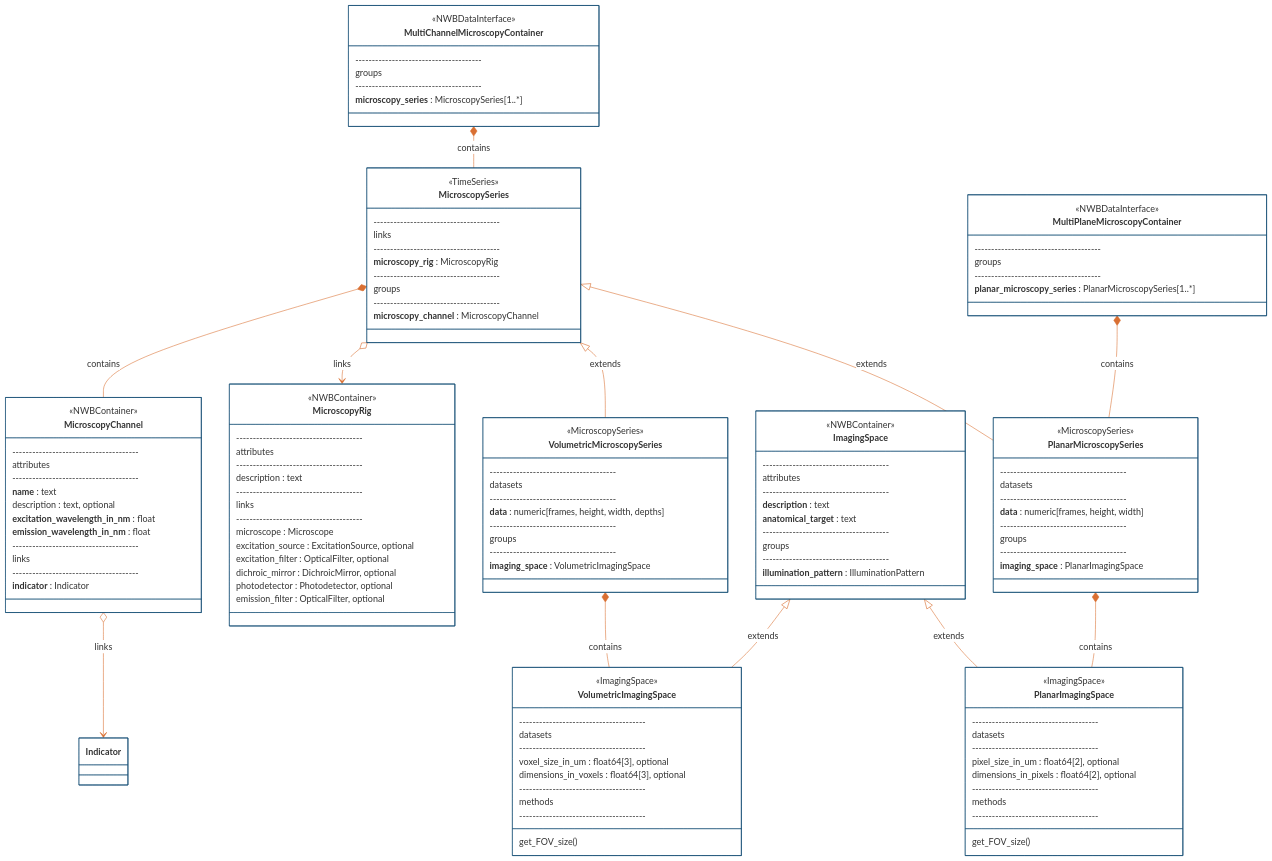
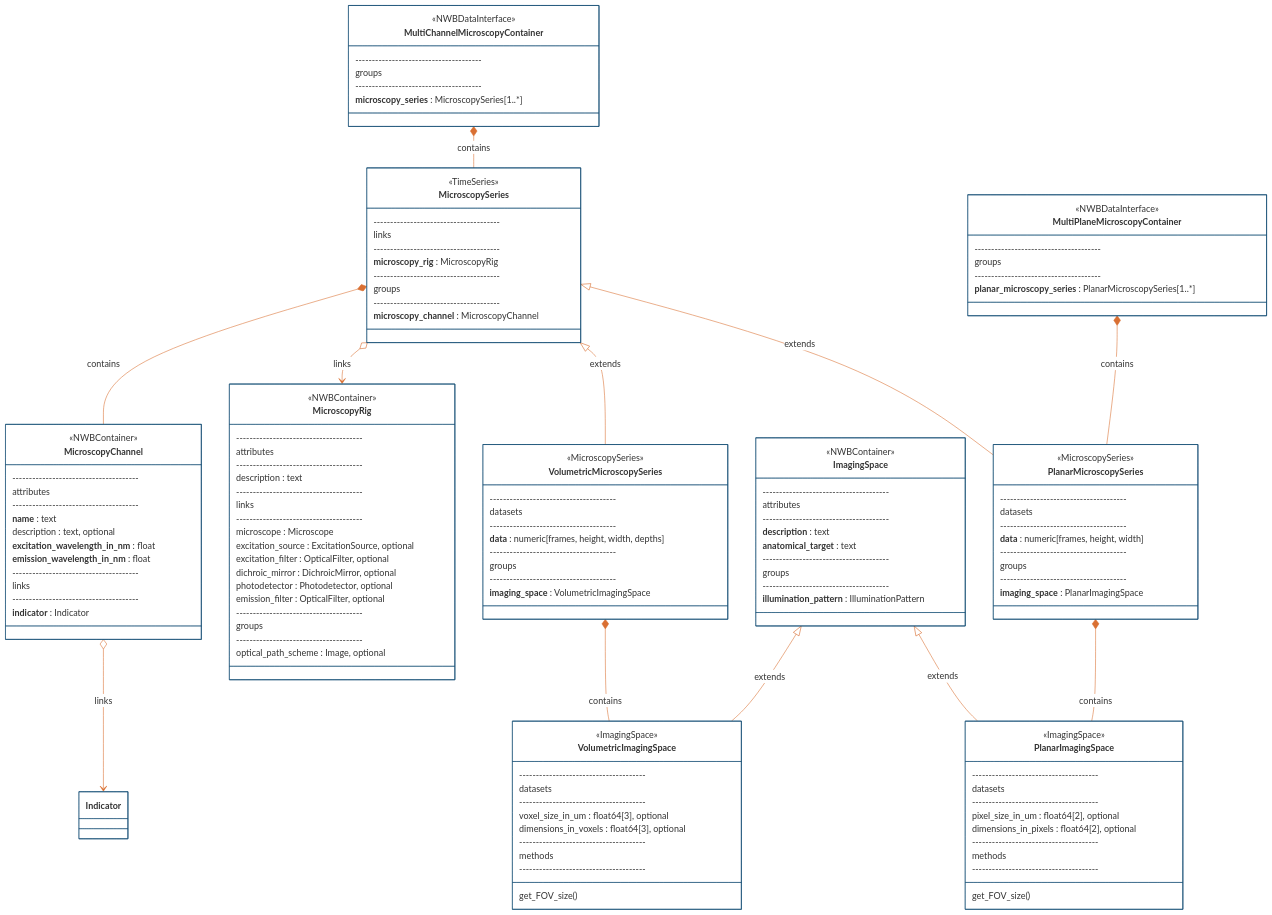
Before and after one commit to catalystneuro/ndx-microscopy: the fourth of 5 diagrams in README.md, drawn with Mermaid. The commit also changed other lines of this file and 6 other files, not shown here.

Commit message:
Add optional `optical_path_scheme` field to `MicroscopyRig`

```diff
--- a/README.md
+++ b/README.md
@@ -478,6 +486,10 @@
         dichroic_mirror : DichroicMirror, optional
         photodetector : Photodetector, optional
         emission_filter : OpticalFilter, optional
+        --------------------------------------
+        groups
+        --------------------------------------
+        optical_path_scheme : Image, optional
     }
 
     MicroscopySeries <|-- PlanarMicroscopySeries : extends
```
